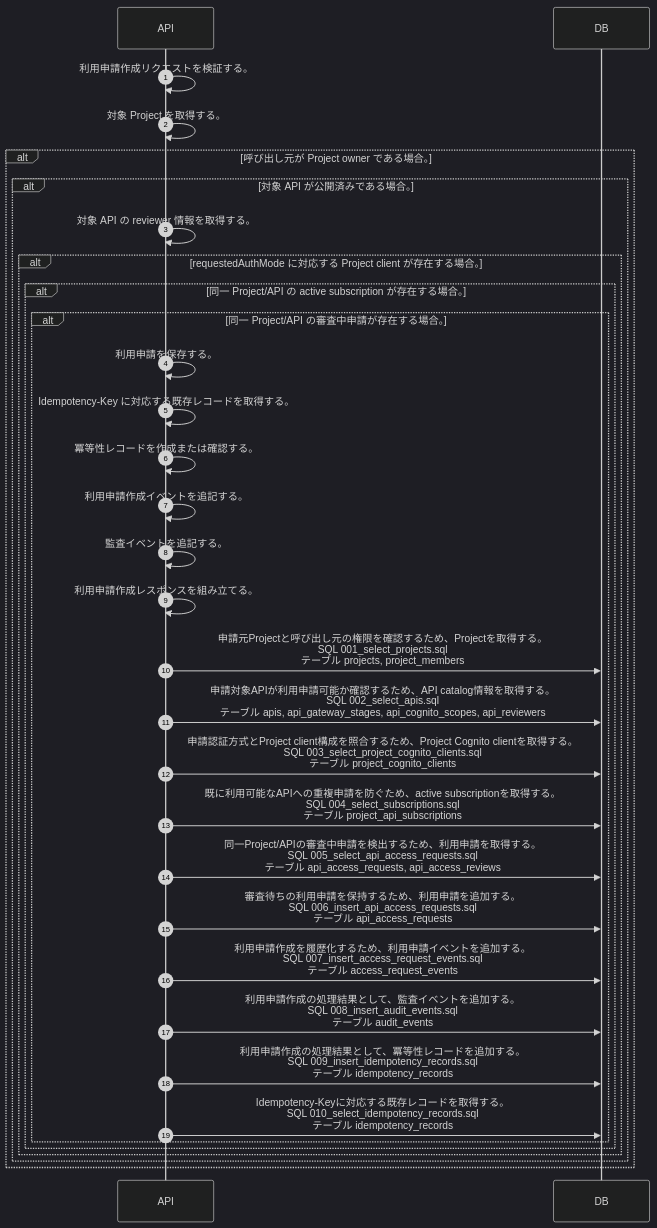
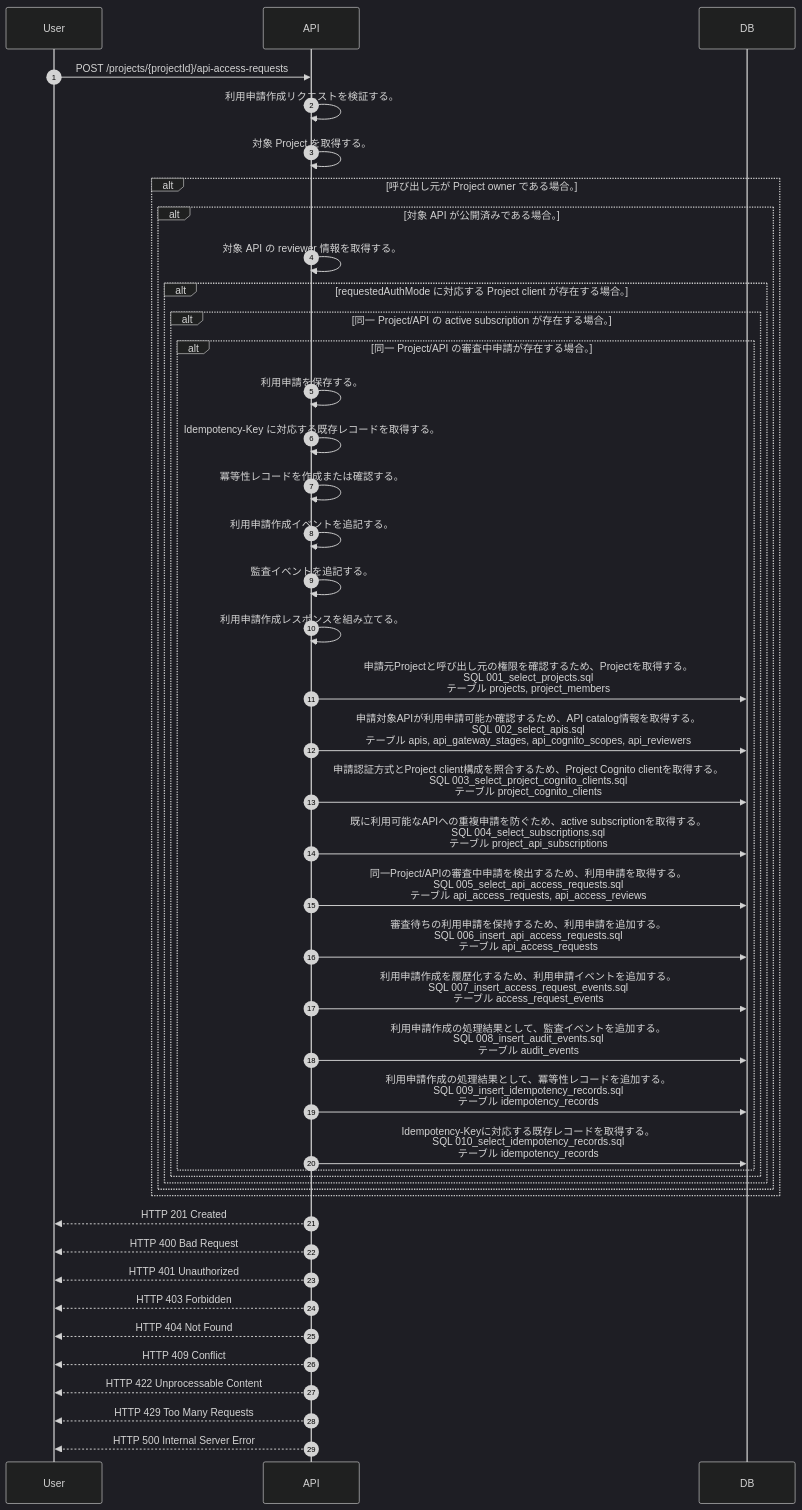
Before and after one commit to tsuji-tomonori/lazunex: the diagram in docs/spec/40.apis/projects/create_api_access_request/sequence_gen.md, drawn with Mermaid (dark theme). The commit also changed 21 other files, not shown here.

Commit message:
✨ feat(sequence): HTTP status を sequence 生成に反映

````diff
--- a/docs/spec/40.apis/projects/create_api_access_request/sequence_gen.md
+++ b/docs/spec/40.apis/projects/create_api_access_request/sequence_gen.md
@@ -5,35 +5,46 @@
 ```mermaid
 sequenceDiagram
   autonumber
+  participant User as User
   participant API as API
   participant DB as DB
+  User->>API: POST /projects/{projectId}/api-access-requests
   API->>API: 利用申請作成リクエストを検証する。
   API->>API: 対象 Project を取得する。
   alt 呼び出し元が Project owner である場合。
     alt 対象 API が公開済みである場合。
       API->>API: 対象 API の reviewer 情報を取得する。
       alt requestedAuthMode に対応する Project client が存在する場合。
         alt 同一 Project/API の active subscription が存在する場合。
           alt 同一 Project/API の審査中申請が存在する場合。
             API->>API: 利用申請を保存する。
             API->>API: Idempotency-Key に対応する既存レコードを取得する。
             API->>API: 冪等性レコードを作成または確認する。
             API->>API: 利用申請作成イベントを追記する。
             API->>API: 監査イベントを追記する。
             API->>API: 利用申請作成レスポンスを組み立てる。
             API->>DB: 申請元Projectと呼び出し元の権限を確認するため、Projectを取得する。<br/>SQL 001_select_projects.sql<br/>テーブル projects, project_members
             API->>DB: 申請対象APIが利用申請可能か確認するため、API catalog情報を取得する。<br/>SQL 002_select_apis.sql<br/>テーブル apis, api_gateway_stages, api_cognito_scopes, api_reviewers
             API->>DB: 申請認証方式とProject client構成を照合するため、Project Cognito clientを取得する。<br/>SQL 003_select_project_cognito_clients.sql<br/>テーブル project_cognito_clients
             API->>DB: 既に利用可能なAPIへの重複申請を防ぐため、active subscriptionを取得する。<br/>SQL 004_select_subscriptions.sql<br/>テーブル project_api_subscriptions
             API->>DB: 同一Project/APIの審査中申請を検出するため、利用申請を取得する。<br/>SQL 005_select_api_access_requests.sql<br/>テーブル api_access_requests, api_access_reviews
             API->>DB: 審査待ちの利用申請を保持するため、利用申請を追加する。<br/>SQL 006_insert_api_access_requests.sql<br/>テーブル api_access_requests
             API->>DB: 利用申請作成を履歴化するため、利用申請イベントを追加する。<br/>SQL 007_insert_access_request_events.sql<br/>テーブル access_request_events
             API->>DB: 利用申請作成の処理結果として、監査イベントを追加する。<br/>SQL 008_insert_audit_events.sql<br/>テーブル audit_events
             API->>DB: 利用申請作成の処理結果として、冪等性レコードを追加する。<br/>SQL 009_insert_idempotency_records.sql<br/>テーブル idempotency_records
             API->>DB: Idempotency-Keyに対応する既存レコードを取得する。<br/>SQL 010_select_idempotency_records.sql<br/>テーブル idempotency_records
           end
         end
       end
     end
   end
+  API-->>User: HTTP 201 Created
+  API-->>User: HTTP 400 Bad Request
+  API-->>User: HTTP 401 Unauthorized
+  API-->>User: HTTP 403 Forbidden
+  API-->>User: HTTP 404 Not Found
+  API-->>User: HTTP 409 Conflict
+  API-->>User: HTTP 422 Unprocessable Content
+  API-->>User: HTTP 429 Too Many Requests
+  API-->>User: HTTP 500 Internal Server Error
 ```
````
